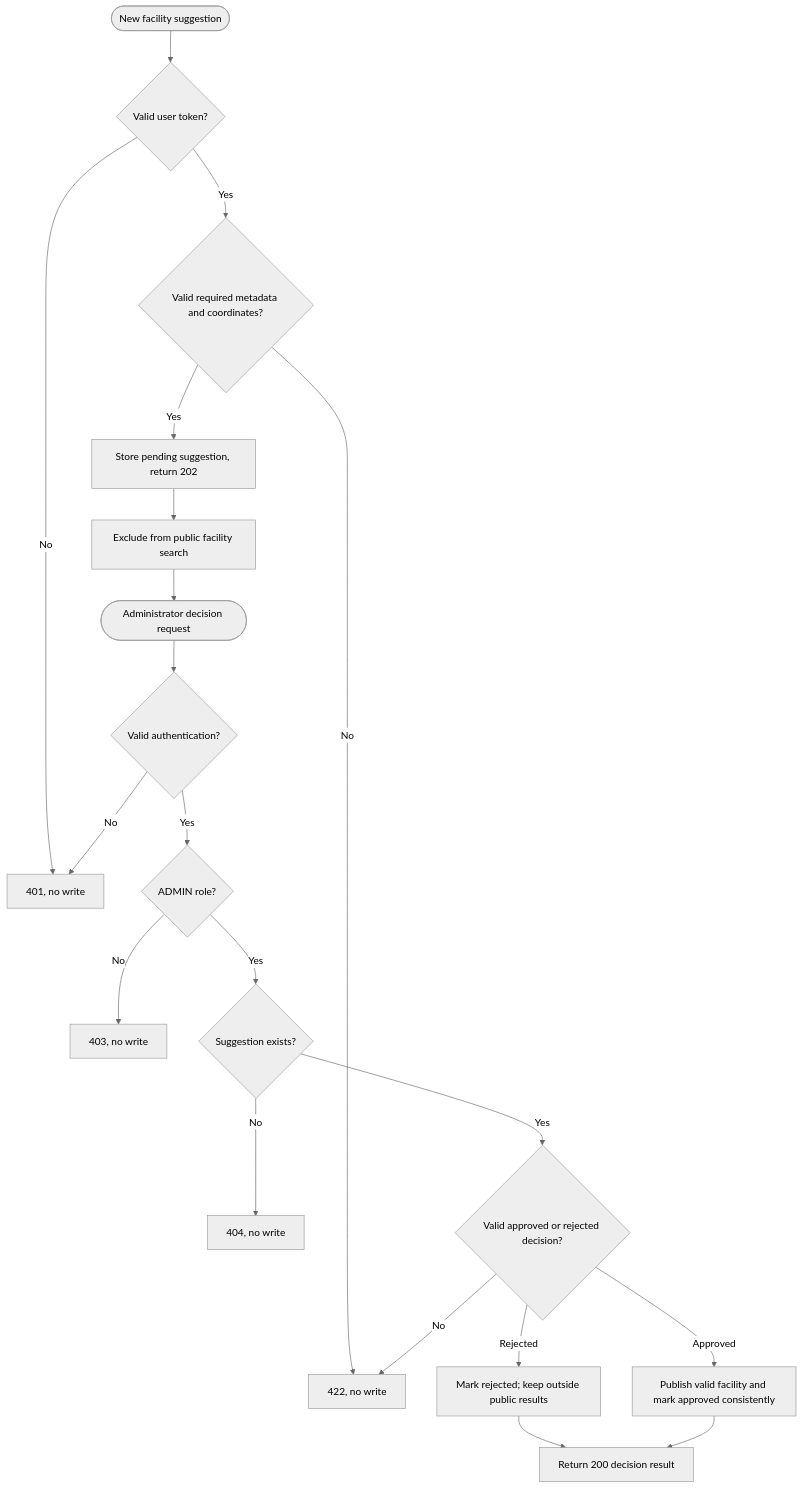
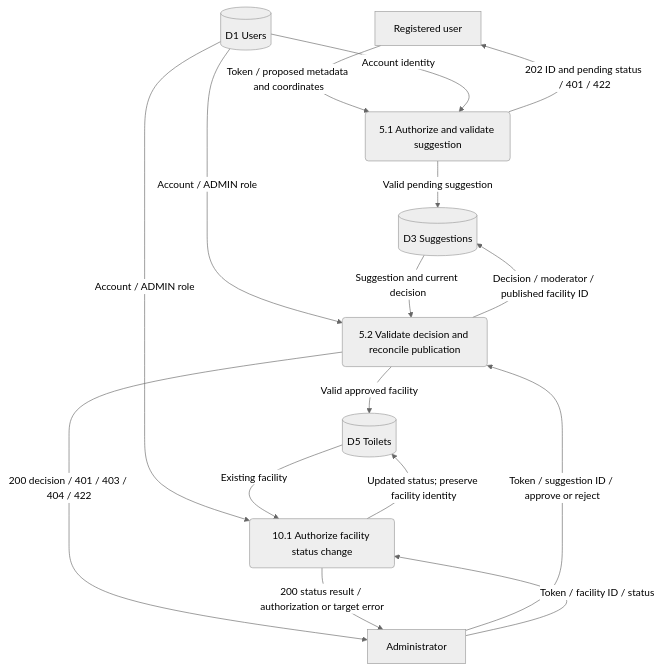
One commit to akcedia/SmartLoo changed the diagram in docs/analysis/behavior/suggestions.md. Above: the diagram before and after it, drawn with Mermaid (neutral theme). The commit also changed other lines of this file and 29 other files, not shown here.

````diff
--- a/docs/analysis/behavior/suggestions.md
+++ b/docs/analysis/behavior/suggestions.md
@@ -5,22 +12,26 @@
 ```mermaid
-flowchart TD
-    Start(["New facility suggestion"]) --> Auth{"Valid user token?"}
-    Auth -->|"No"| R401["401, no write"]
-    Auth -->|"Yes"| Fields{"Valid required metadata and coordinates?"}
-    Fields -->|"No"| R422["422, no write"]
-    Fields -->|"Yes"| Pending["Store pending suggestion, return 202"]
-    Pending --> Private["Exclude from public facility search"]
-    Private --> Decision(["Administrator decision request"])
-    Decision --> AdminToken{"Valid authentication?"}
-    AdminToken -->|"No"| R401
-    AdminToken -->|"Yes"| Role{"ADMIN role?"}
-    Role -->|"No"| R403["403, no write"]
-    Role -->|"Yes"| Exists{"Suggestion exists?"}
-    Exists -->|"No"| R404["404, no write"]
-    Exists -->|"Yes"| Choice{"Valid approved or rejected decision?"}
-    Choice -->|"No"| R422
-    Choice -->|"Rejected"| Reject["Mark rejected; keep outside public results"]
-    Choice -->|"Approved"| Publish["Publish valid facility and mark approved consistently"]
-    Reject --> Done["Return 200 decision result"]
-    Publish --> Done
+flowchart TB
+    U["Registered user"]
+    A["Administrator"]
+    P1("5.1 Authorize and validate suggestion")
+    P2("5.2 Validate decision and reconcile publication")
+    P3("10.1 Authorize facility status change")
+    D1[("D1 Users")]
+    D3[("D3 Suggestions")]
+    D5[("D5 Toilets")]
+    U -->|"Token / proposed metadata and coordinates"| P1
+    D1 -->|"Account identity"| P1
+    P1 -->|"Valid pending suggestion"| D3
+    P1 -->|"202 ID and pending status / 401 / 422"| U
+    A -->|"Token / suggestion ID / approve or reject"| P2
+    D1 -->|"Account / ADMIN role"| P2
+    D3 -->|"Suggestion and current decision"| P2
+    P2 -->|"Decision / moderator / published facility ID"| D3
+    P2 -->|"Valid approved facility"| D5
+    P2 -->|"200 decision / 401 / 403 / 404 / 422"| A
+    A -->|"Token / facility ID / status"| P3
+    D1 -->|"Account / ADMIN role"| P3
+    D5 -->|"Existing facility"| P3
+    P3 -->|"Updated status; preserve facility identity"| D5
+    P3 -->|"200 status result / authorization or target error"| A
 ```
````
